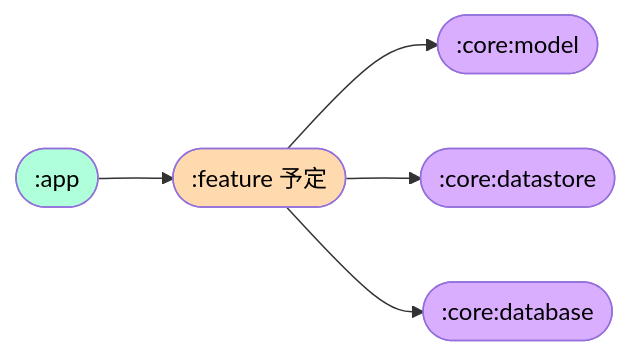
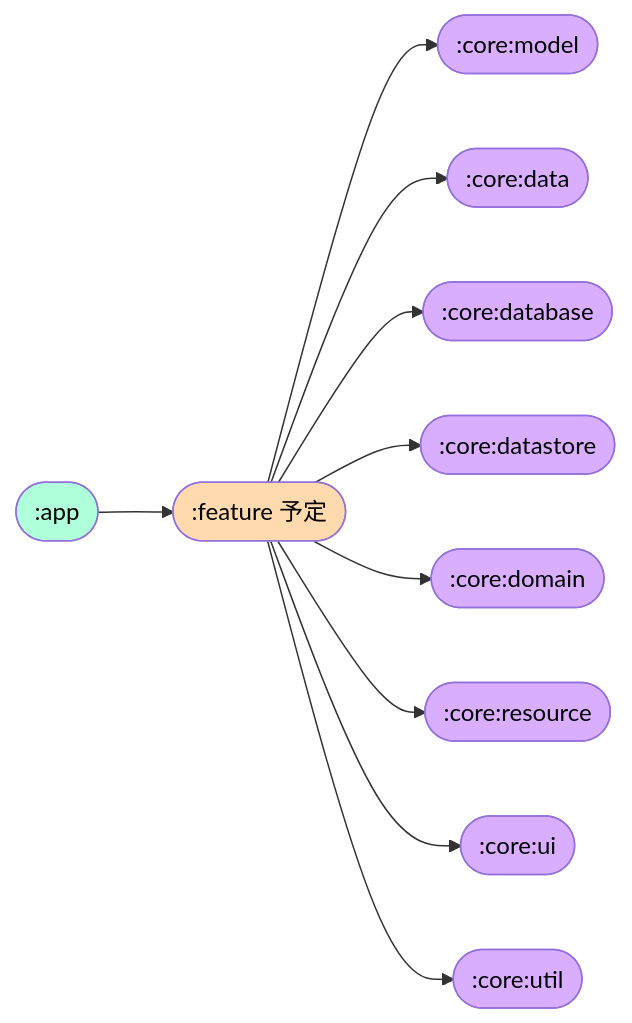
One commit to kosenda/MultiColorPicker changed the diagram in README.md. Above: the diagram before and after it, drawn with Mermaid.

Commit message:
docs: add module
[skip ci]

````diff
--- a/README.md
+++ b/README.md
@@ -49,11 +49,16 @@
 ```mermaid
 flowchart LR
   classDef appModule fill:#AEFFDA,color:#000
   classDef featureModule fill:#FFDAAE,color:#000
   classDef coreModule fill:#DAAEFF,color:#000
   
   A1([:app]):::appModule --> B1([:feature 予定]):::featureModule
   B1 --> C1([:core:model]):::coreModule 
-  B1 --> C2([:core:datastore]):::coreModule
+  B1 --> C2([:core:data]):::coreModule
   B1 --> C3([:core:database]):::coreModule
+  B1 --> C4([:core:datastore]):::coreModule
+  B1 --> C5([:core:domain]):::coreModule
+  B1 --> C6([:core:resource]):::coreModule
+  B1 --> C7([:core:ui]):::coreModule
+  B1 --> C8([:core:util]):::coreModule
 ```
````
